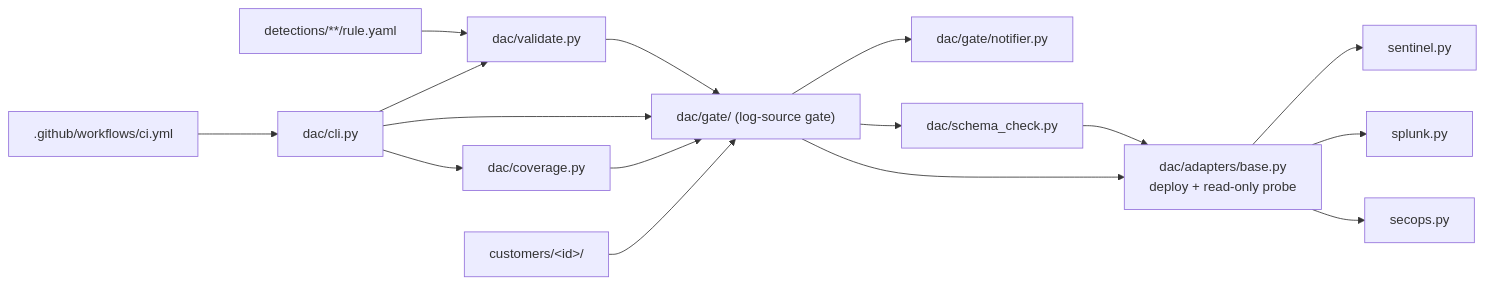
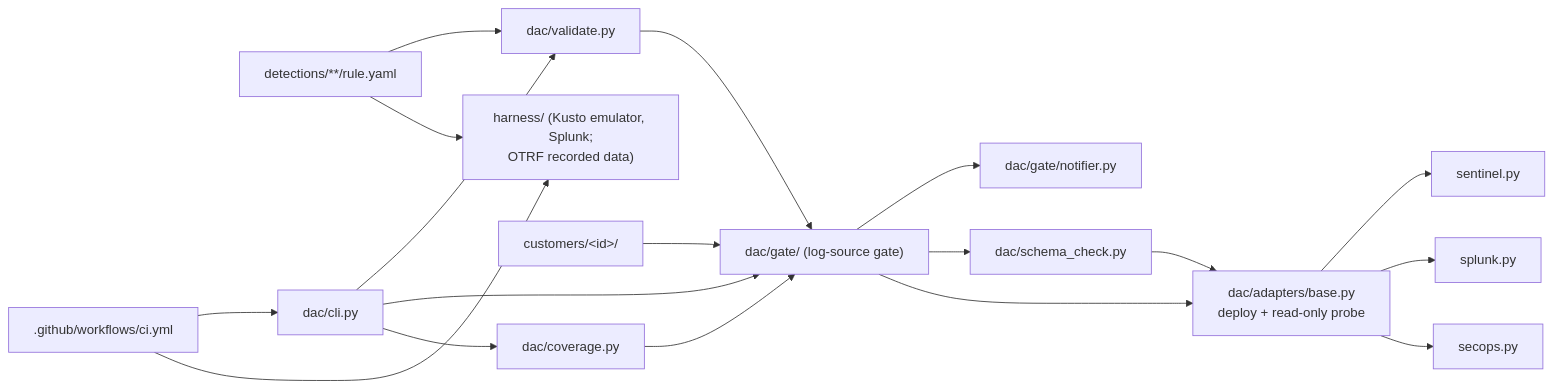
One commit to HungryBrain-bot/detection_As_Code changed the diagram in CLAUDE.md. Above: the diagram before and after it, drawn with Mermaid. The commit also changed other lines of this file and 62 other files, not shown here.

````diff
--- a/CLAUDE.md
+++ b/CLAUDE.md
@@ -48,18 +50,20 @@
 ```mermaid
 flowchart LR
     RULE["detections/**/rule.yaml"] --> VAL["dac/validate.py"]
     VAL --> GATE["dac/gate/ (log-source gate)"]
     GATE --> NOTIFY["dac/gate/notifier.py"]
     GATE --> SC["dac/schema_check.py"]
     SC --> AD
     GATE --> AD["dac/adapters/base.py<br/>deploy + read-only probe"]
     AD --> SEN["sentinel.py"]
     AD --> SPL["splunk.py"]
     AD --> SEC["secops.py"]
     CLI["dac/cli.py"] --> VAL
     CLI --> GATE
     CLI --> COV["dac/coverage.py"]
     COV --> GATE
     CUST["customers/&lt;id&gt;/"] --> GATE
     CI[".github/workflows/ci.yml"] --> CLI
+    CI --> HAR["harness/ (Kusto emulator, Splunk;<br/>OTRF recorded data)"]
+    RULE --> HAR
 ```
````
